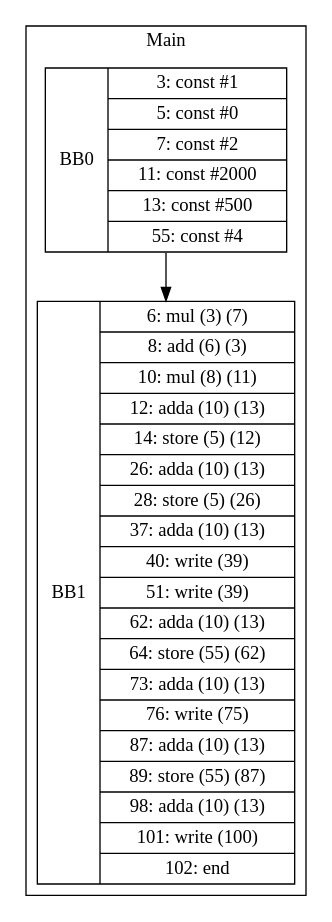
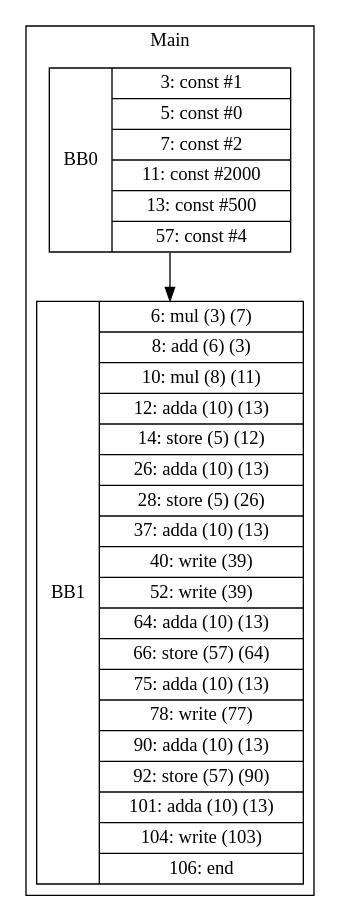
Before and after one commit to zjc664656505/UCI-CS241-Advanced-Compiler-main: the diagram in visualization/Yunpeng/array_kill.gv, drawn with Graphviz. The commit also changed 55 other files, not shown here.

```diff
--- a/visualization/Yunpeng/array_kill.gv
+++ b/visualization/Yunpeng/array_kill.gv
@@ -1,9 +1,9 @@
 digraph G {
 node [shape=record];
 subgraph cluster_main{
 label = "Main";
-BB0 [shape=record, label="<b>BB0|{3: const #1|5: const #0|7: const #2|11: const #2000|13: const #500|55: const #4}"];
-BB1 [shape=record, label="<b>BB1|{6: mul (3) (7)|8: add (6) (3)|10: mul (8) (11)|12: adda (10) (13)|14: store (5) (12)|26: adda (10) (13)|28: store (5) (26)|37: adda (10) (13)|40: write (39)|51: write (39)|62: adda (10) (13)|64: store (55) (62)|73: adda (10) (13)|76: write (75)|87: adda (10) (13)|89: store (55) (87)|98: adda (10) (13)|101: write (100)|102: end}"];
+BB0 [shape=record, label="<b>BB0|{3: const #1|5: const #0|7: const #2|11: const #2000|13: const #500|57: const #4}"];
+BB1 [shape=record, label="<b>BB1|{6: mul (3) (7)|8: add (6) (3)|10: mul (8) (11)|12: adda (10) (13)|14: store (5) (12)|26: adda (10) (13)|28: store (5) (26)|37: adda (10) (13)|40: write (39)|52: write (39)|64: adda (10) (13)|66: store (57) (64)|75: adda (10) (13)|78: write (77)|90: adda (10) (13)|92: store (57) (90)|101: adda (10) (13)|104: write (103)|106: end}"];
 }
 BB0:s -> BB1:n ;
 }
```
